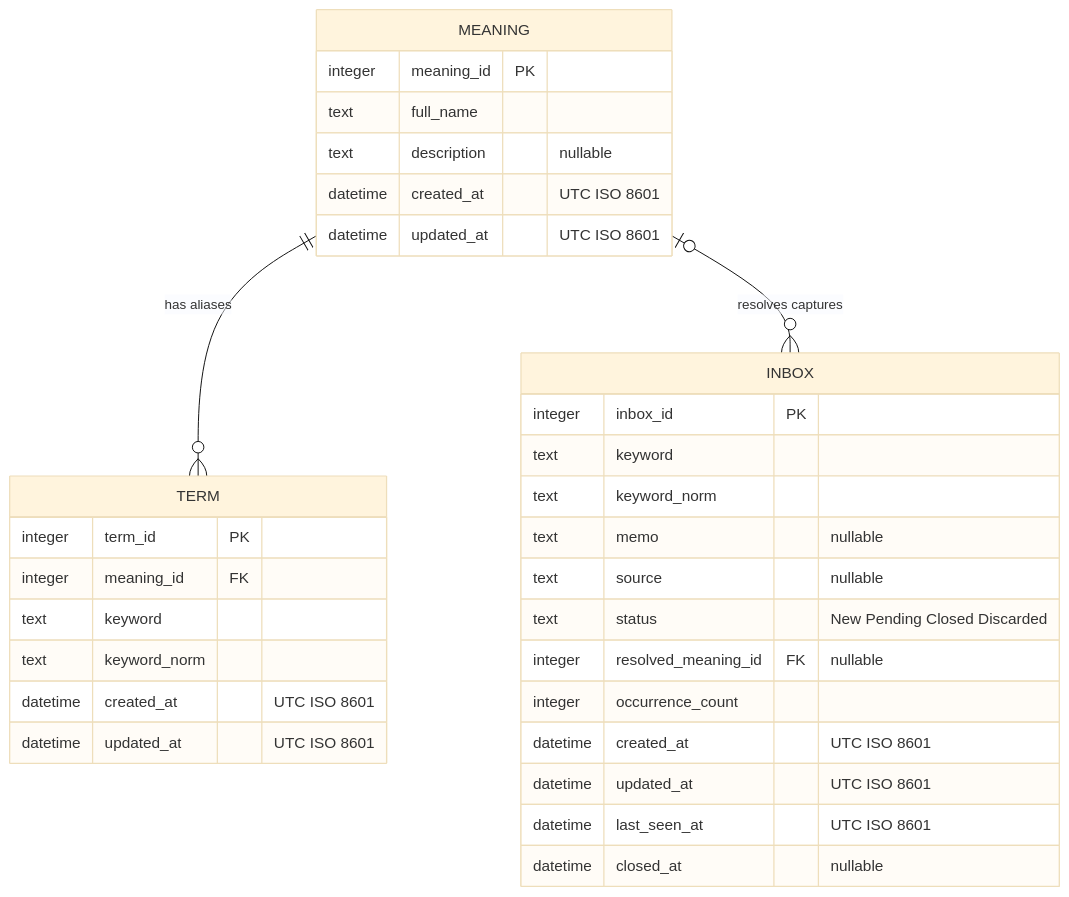
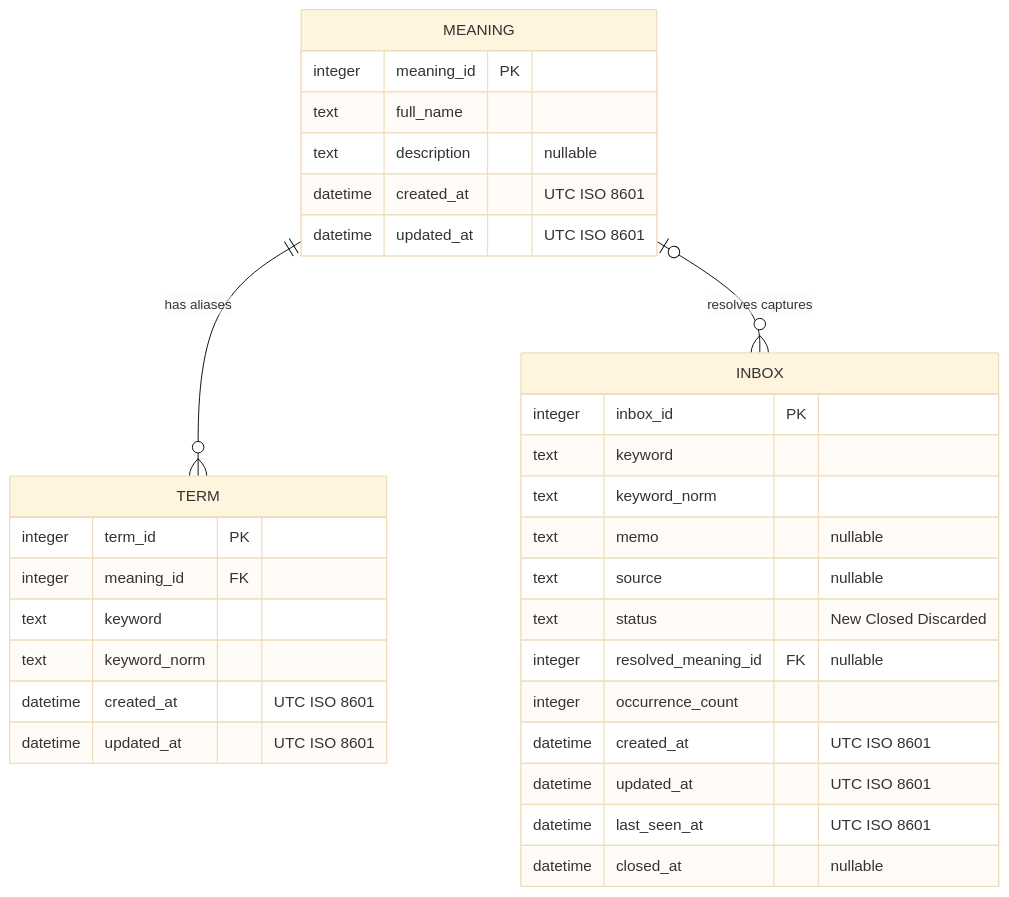
The first of 2 diagrams in docs/003_domain_model.md (niikei/TermKeeper), drawn with Mermaid (base theme) before and after one commit. The commit also changed other lines of this file and 16 other files, not shown here.

````diff
--- a/docs/003_domain_model.md
+++ b/docs/003_domain_model.md
@@ -13,38 +13,38 @@
 ```mermaid
 erDiagram
 
     MEANING ||--o{ TERM : "has aliases"
     MEANING o|--o{ INBOX : "resolves captures"
 
     MEANING {
         integer meaning_id PK
         text full_name
         text description "nullable"
         datetime created_at "UTC ISO 8601"
         datetime updated_at "UTC ISO 8601"
     }
 
     TERM {
         integer term_id PK
         integer meaning_id FK
         text keyword
         text keyword_norm
         datetime created_at "UTC ISO 8601"
         datetime updated_at "UTC ISO 8601"
     }
 
     INBOX {
         integer inbox_id PK
         text keyword
         text keyword_norm
         text memo "nullable"
         text source "nullable"
-        text status "New Pending Closed Discarded"
+        text status "New Closed Discarded"
         integer resolved_meaning_id FK "nullable"
         integer occurrence_count
         datetime created_at "UTC ISO 8601"
         datetime updated_at "UTC ISO 8601"
         datetime last_seen_at "UTC ISO 8601"
         datetime closed_at "nullable"
     }
 ```
````
